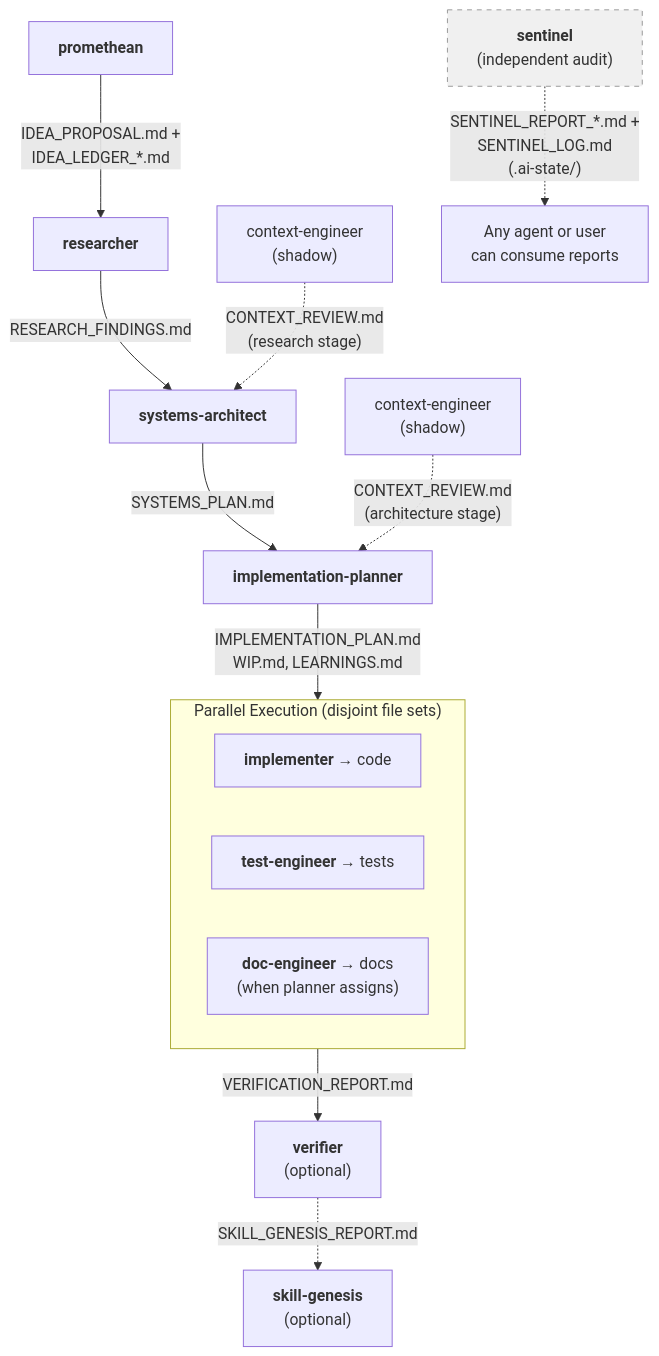
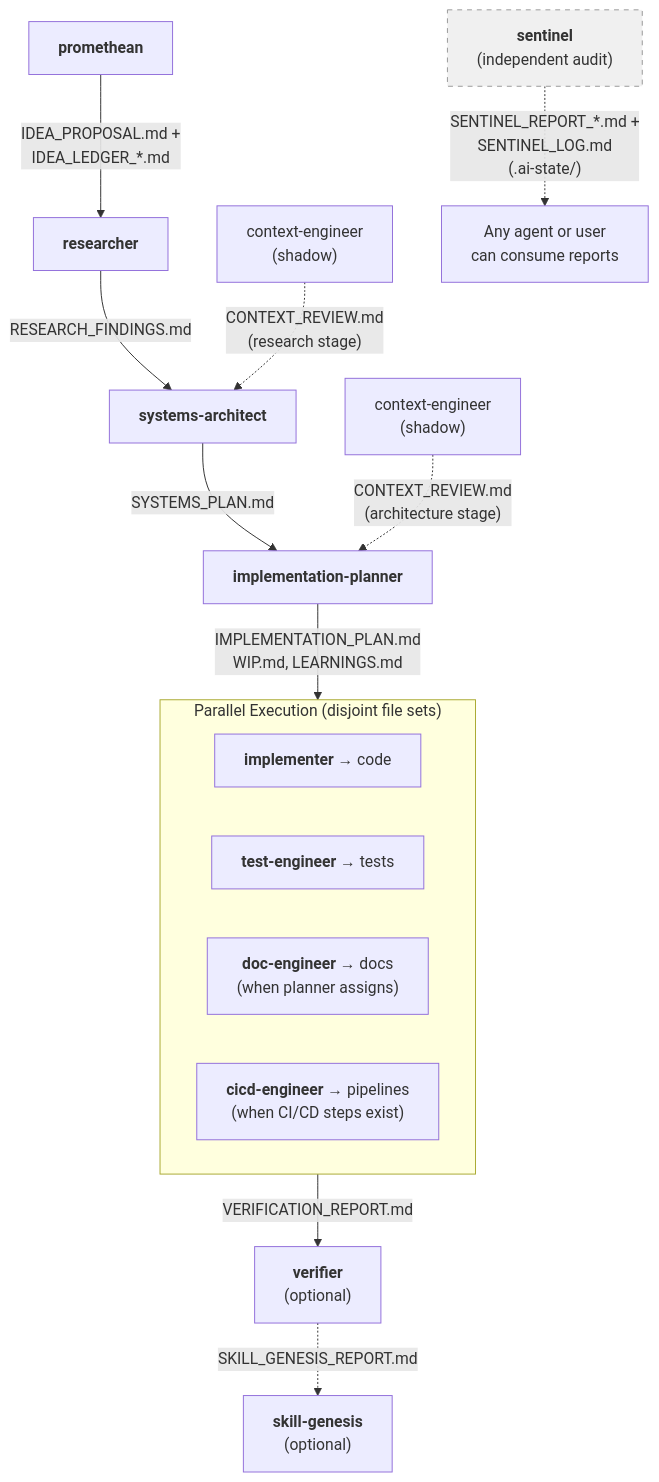
The diagram in agents/README.md (francisco-perez-sorrosal/ai-assistants-cfg), drawn with Mermaid before and after one commit. The commit also changed 24 other files, not shown here.

First line of the commit message:
feat: Bootstrap ARCHITECTURE.md, remediate sentinel audit findings

````diff
--- a/agents/README.md
+++ b/agents/README.md
@@ -13,26 +13,27 @@
 ```mermaid
 flowchart TD
     P["<b>promethean</b>"] -->|"IDEA_PROPOSAL.md +<br/>IDEA_LEDGER_*.md"| R
 
     R["<b>researcher</b>"] -->|"RESEARCH_FINDINGS.md"| SA
     CE1["context-engineer<br/>(shadow)"] -.->|"CONTEXT_REVIEW.md<br/>(research stage)"| SA
 
     SA["<b>systems-architect</b>"] -->|"SYSTEMS_PLAN.md"| IP
     CE2["context-engineer<br/>(shadow)"] -.->|"CONTEXT_REVIEW.md<br/>(architecture stage)"| IP
 
     IP["<b>implementation-planner</b>"] -->|"IMPLEMENTATION_PLAN.md<br/>WIP.md, LEARNINGS.md"| EX
 
     subgraph EX["Parallel Execution (disjoint file sets)"]
         I["<b>implementer</b> → code"]
         TE["<b>test-engineer</b> → tests"]
         DE["<b>doc-engineer</b> → docs<br/>(when planner assigns)"]
+        CI["<b>cicd-engineer</b> → pipelines<br/>(when CI/CD steps exist)"]
     end
 
     EX -->|"VERIFICATION_REPORT.md"| V["<b>verifier</b><br/>(optional)"]
     V -.->|"SKILL_GENESIS_REPORT.md"| SG["<b>skill-genesis</b><br/>(optional)"]
 
     SE["<b>sentinel</b><br/>(independent audit)"]
     SE -.->|"SENTINEL_REPORT_*.md +<br/>SENTINEL_LOG.md<br/>(.ai-state/)"| ANY["Any agent or user<br/>can consume reports"]
 
     style SE fill:#f0f0f0,stroke:#999,stroke-dasharray: 5 5
 ```
````
